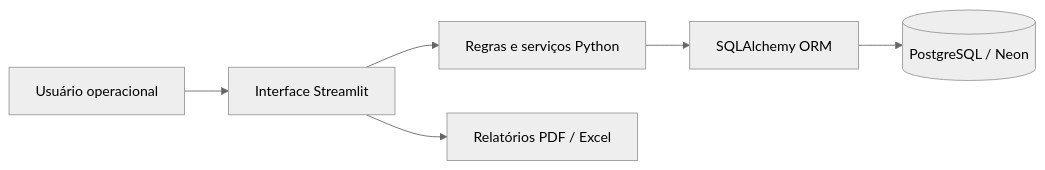
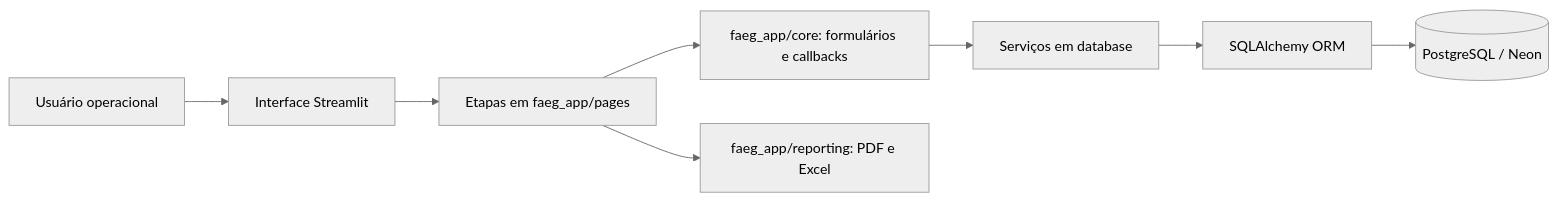
One commit to felpontes98/faeg-logistica-app changed the diagram in README.md. Above: the diagram before and after it, drawn with Mermaid (neutral theme). The commit also changed other lines of this file and 34 other files, not shown here.

Commit message:
Refactor: modularizar app FAEG em 11 etapas e separar responsabilidades

````diff
--- a/README.md
+++ b/README.md
@@ -39,8 +40,10 @@
 ```mermaid
 flowchart LR
     U[Usuário operacional] --> UI[Interface Streamlit]
-    UI --> DOM[Regras e serviços Python]
+    UI --> PAG[Etapas em faeg_app/pages]
+    PAG --> CORE[faeg_app/core: formulários e callbacks]
+    CORE --> DOM[Serviços em database]
     DOM --> ORM[SQLAlchemy ORM]
     ORM --> DB[(PostgreSQL / Neon)]
-    UI --> REL[Relatórios PDF / Excel]
+    PAG --> REL[faeg_app/reporting: PDF e Excel]
 ```
````
